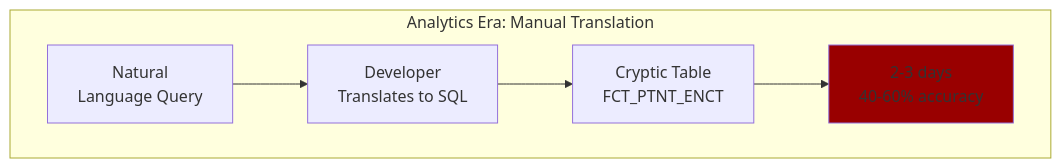
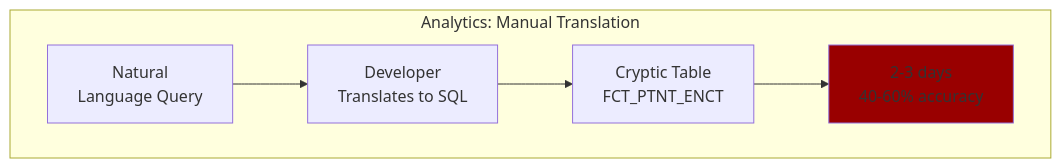
The fourth of 9 diagrams in chapter-00/chapter_00_complete.md (colaberry/enterprise-data-readiness-ai-agents), drawn with Mermaid before and after one commit. The commit also changed other lines of this file, not shown here.

Commit message:
diagram 3 commit
diagram 3 commit

````diff
--- a/chapter-00/chapter_00_complete.md
+++ b/chapter-00/chapter_00_complete.md
@@ -269,10 +269,10 @@
 ```mermaid
 graph TB
-    subgraph "Analytics Era: Manual Translation"
+    subgraph "Analytics: Manual Translation"
         A1[Natural<br/>Language Query] --> A2[Developer<br/>Translates to SQL]
         A2 --> A3[Cryptic Table<br/>FCT_PTNT_ENCT]
         A3 --> A4[2-3 days<br/>40-60% accuracy]
     end
 
     style A4 fill:#990000
 ```
````
